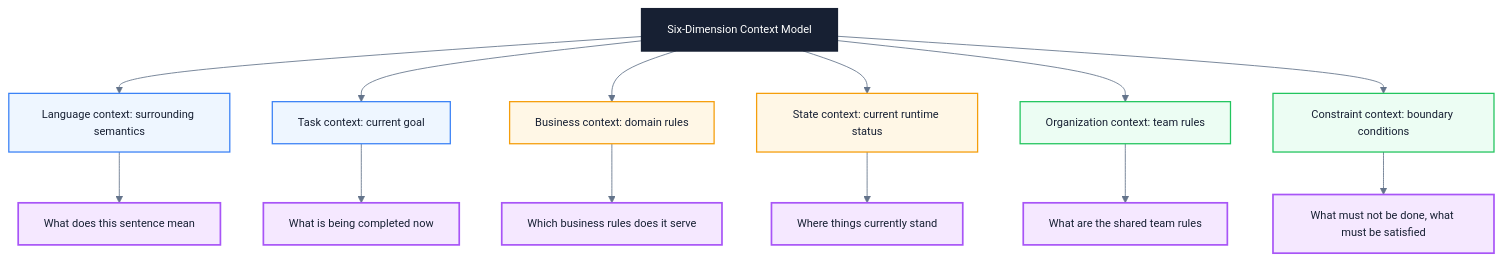
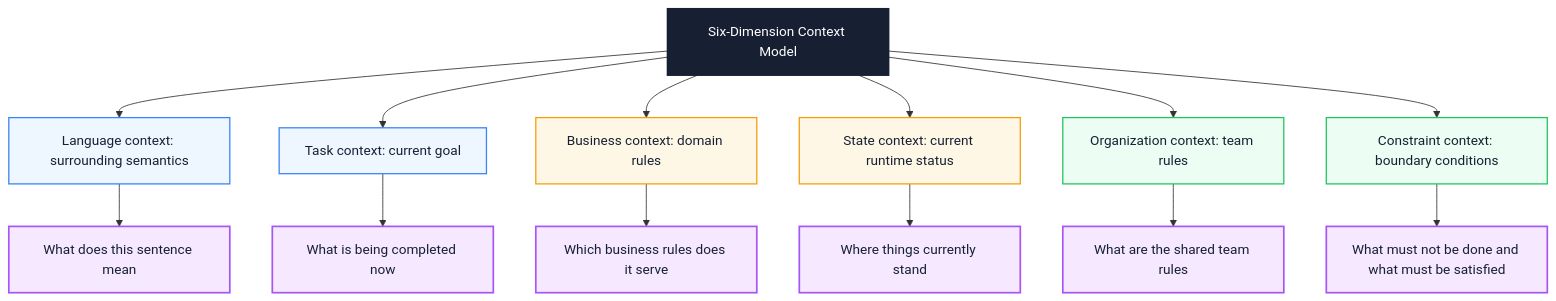
One commit to Fatejian/frontier-vault changed the first of 2 diagrams in docs/en/ai/understanding-context-in-ai-era.md. Above: the diagram before and after it, drawn with Mermaid. The commit also changed other lines of this file and 41 other files, not shown here.

````diff
--- a/docs/en/ai/understanding-context-in-ai-era.md
+++ b/docs/en/ai/understanding-context-in-ai-era.md
@@ -100,31 +93,30 @@
 ```mermaid
-%%{init: {'theme': 'base', 'themeVariables': { 'fontFamily': 'Inter, PingFang SC, Microsoft YaHei, sans-serif', 'primaryColor': '#F8FAFC', 'primaryTextColor': '#172033', 'primaryBorderColor': '#CBD5E1', 'lineColor': '#64748B', 'fontSize': '13px'}}}%%
 flowchart TB
     Core["Six-Dimension Context Model"]
 
     Core --> L1["Language context: surrounding semantics"]
     Core --> L2["Task context: current goal"]
     Core --> L3["Business context: domain rules"]
     Core --> L4["State context: current runtime status"]
     Core --> L5["Organization context: team rules"]
     Core --> L6["Constraint context: boundary conditions"]
 
     L1 --> Q1["What does this sentence mean"]
     L2 --> Q2["What is being completed now"]
     L3 --> Q3["Which business rules does it serve"]
     L4 --> Q4["Where things currently stand"]
     L5 --> Q5["What are the shared team rules"]
-    L6 --> Q6["What must not be done, what must be satisfied"]
+    L6 --> Q6["What must not be done and what must be satisfied"]
 
     classDef core fill:#172033,color:#fff,stroke:#172033,stroke-width:2px;
     classDef wait fill:#EEF6FF,stroke:#3B82F6,color:#172033,stroke-width:1.5px;
     classDef block fill:#FFF7E6,stroke:#F59E0B,color:#172033,stroke-width:1.5px;
     classDef work fill:#ECFDF3,stroke:#22C55E,color:#172033,stroke-width:1.5px;
     classDef metric fill:#F5E8FF,stroke:#A855F7,color:#172033,stroke-width:2px;
 
     class Core core;
     class L1,L2 wait;
     class L3,L4 block;
     class L5,L6 work;
     class Q1,Q2,Q3,Q4,Q5,Q6 metric;
 ```
````
